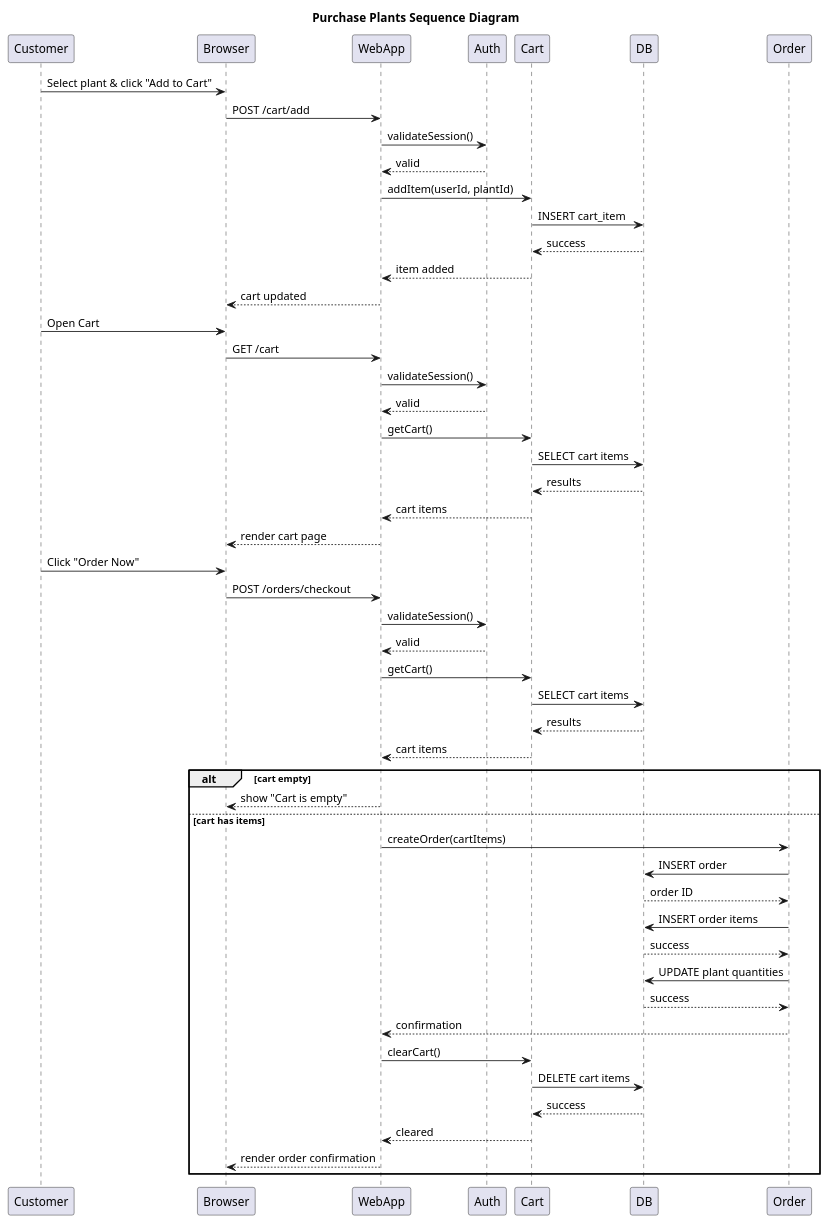
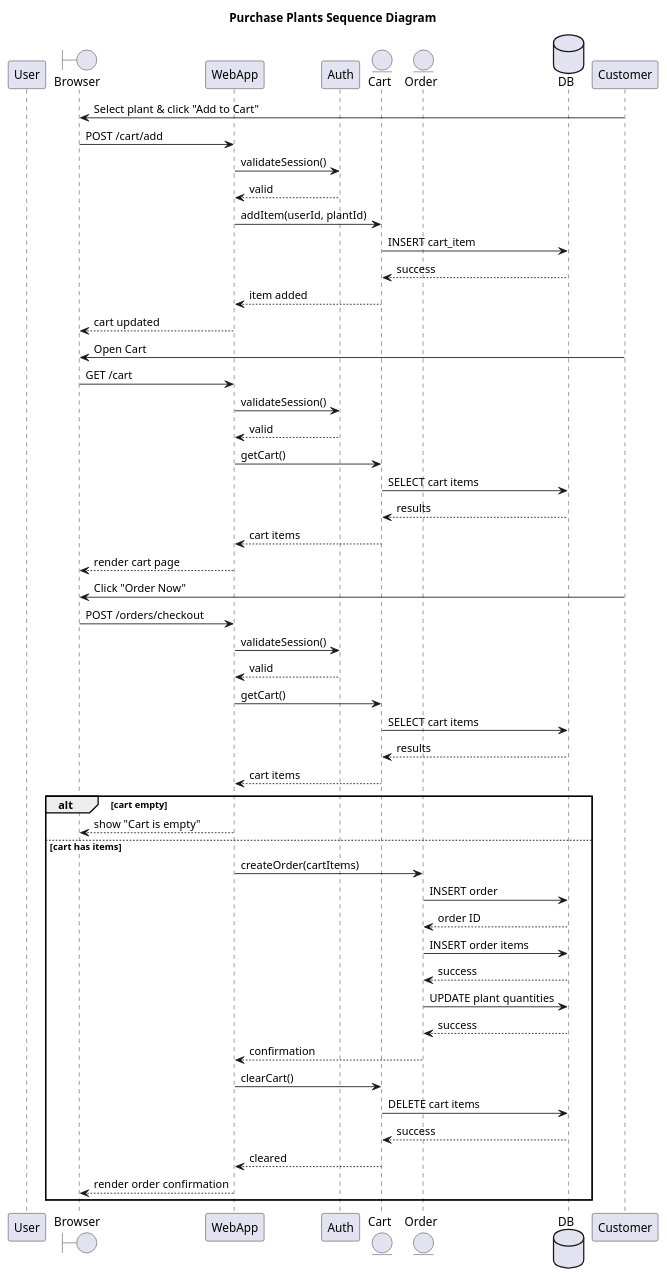
Before and after one commit to cs-rrcc/plant-shop: the diagram in uml/sequence_diagram.wsd, drawn with PlantUML. The commit also changed 2 other files, not shown here.

Commit message:
Updated uml

```diff
--- a/uml/sequence_diagram.wsd
+++ b/uml/sequence_diagram.wsd
@@ -1,53 +1,65 @@
+@startuml
+
 title Purchase Plants Sequence Diagram
+
+participant User
+boundary Browser
+participant WebApp
+participant Auth
+entity Cart
+entity Order
+database DB
 
 Customer->Browser: Select plant & click "Add to Cart"
 Browser->WebApp: POST /cart/add
 WebApp->Auth: validateSession()
 Auth-->WebApp: valid
 
 WebApp->Cart: addItem(userId, plantId)
 Cart->DB: INSERT cart_item
 DB-->Cart: success
 Cart-->WebApp: item added
 WebApp-->Browser: cart updated
 
 Customer->Browser: Open Cart
 Browser->WebApp: GET /cart
 WebApp->Auth: validateSession()
 Auth-->WebApp: valid
 
 WebApp->Cart: getCart()
 Cart->DB: SELECT cart items
 DB-->Cart: results
 Cart-->WebApp: cart items
 WebApp-->Browser: render cart page
 
 Customer->Browser: Click "Order Now"
 Browser->WebApp: POST /orders/checkout
 WebApp->Auth: validateSession()
 Auth-->WebApp: valid
 
 WebApp->Cart: getCart()
 Cart->DB: SELECT cart items
 DB-->Cart: results
 Cart-->WebApp: cart items
 
 alt cart empty
     WebApp-->Browser: show "Cart is empty"
 else cart has items
     WebApp->Order: createOrder(cartItems)
     Order->DB: INSERT order
     DB-->Order: order ID
     Order->DB: INSERT order items
     DB-->Order: success
     Order->DB: UPDATE plant quantities
     DB-->Order: success
     Order-->WebApp: confirmation
 
     WebApp->Cart: clearCart()
     Cart->DB: DELETE cart items
     DB-->Cart: success
     Cart-->WebApp: cleared
 
     WebApp-->Browser: render order confirmation
 end
+
+@enduml
```
